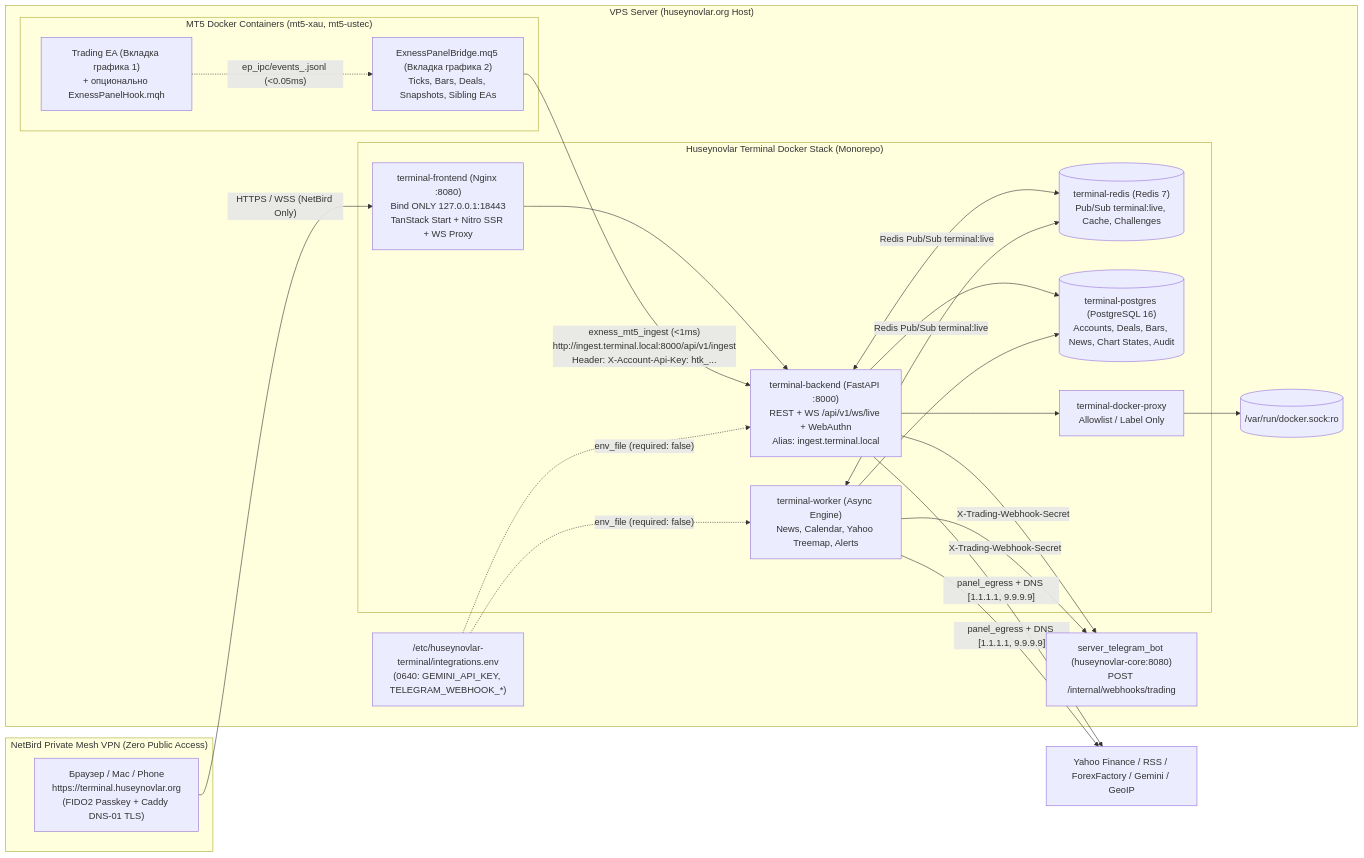
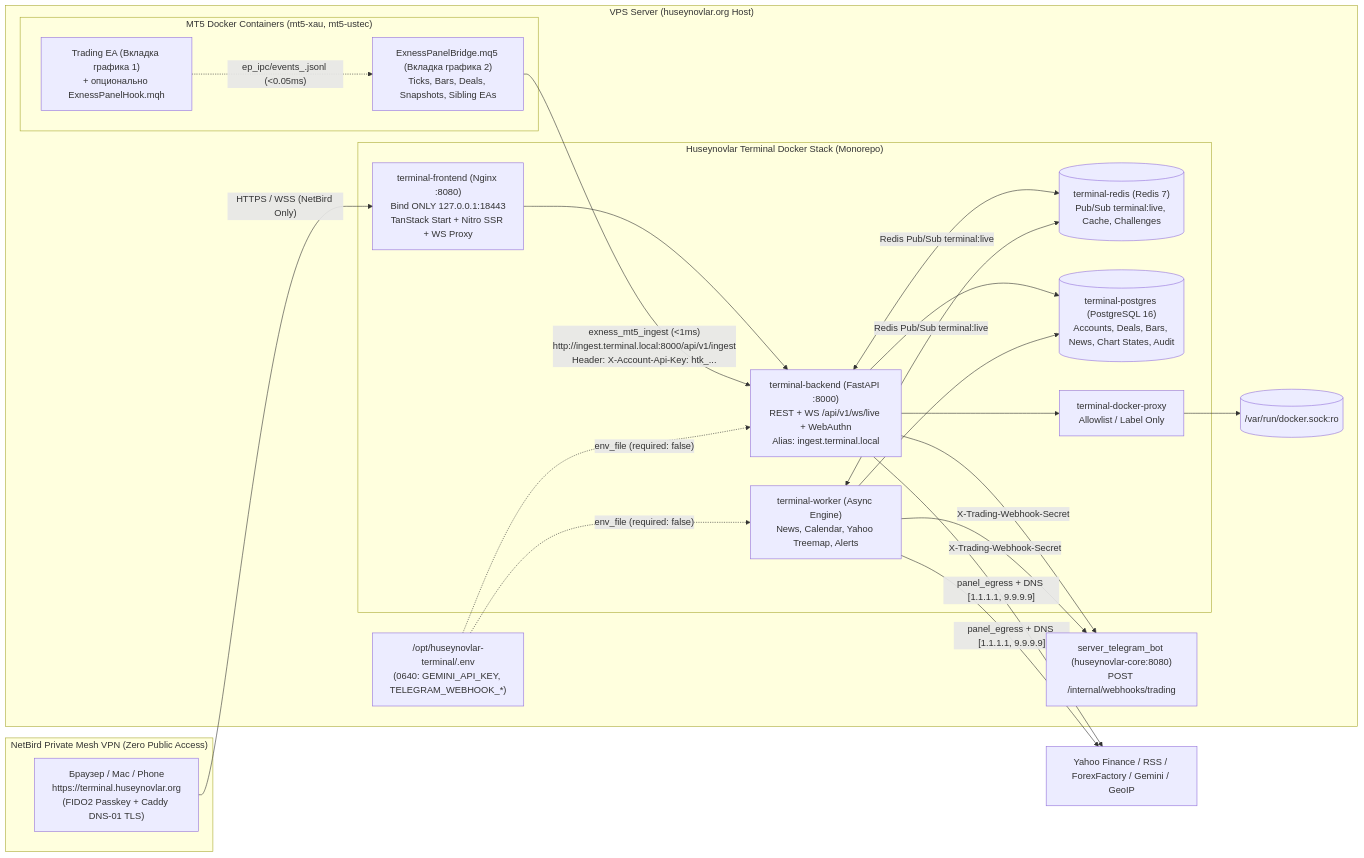
Before and after one commit to Huseynovlar/huseynovlar-terminal: the diagram in docs/ARCHITECTURE.md, drawn with Mermaid. The commit also changed other lines of this file and 35 other files, not shown here.

````diff
--- a/docs/ARCHITECTURE.md
+++ b/docs/ARCHITECTURE.md
@@ -11,42 +11,42 @@
 ```mermaid
 flowchart LR
     subgraph NetBird["NetBird Private Mesh VPN (Zero Public Access)"]
         USER["Браузер / Mac / Phone<br/>https://terminal.huseynovlar.org<br/>(FIDO2 Passkey + Caddy DNS-01 TLS)"]
     end
 
     subgraph VPS["VPS Server (huseynovlar.org Host)"]
         subgraph MT5C["MT5 Docker Containers (mt5-xau, mt5-ustec)"]
             EA1["Trading EA (Вкладка графика 1)<br/>+ опционально ExnessPanelHook.mqh"]
             BR1["ExnessPanelBridge.mq5 (Вкладка графика 2)<br/>Ticks, Bars, Deals, Snapshots, Sibling EAs"]
             EA1 -.->|"ep_ipc/events_<login>.jsonl (<0.05ms)"| BR1
         end
 
         subgraph Stack["Huseynovlar Terminal Docker Stack (Monorepo)"]
             NGINX["terminal-frontend (Nginx :8080)<br/>Bind ONLY 127.0.0.1:18443<br/>TanStack Start + Nitro SSR + WS Proxy"]
             API["terminal-backend (FastAPI :8000)<br/>REST + WS /api/v1/ws/live + WebAuthn<br/>Alias: ingest.terminal.local"]
             WORKER["terminal-worker (Async Engine)<br/>News, Calendar, Yahoo Treemap, Alerts"]
             REDIS[("terminal-redis (Redis 7)<br/>Pub/Sub terminal:live, Cache, Challenges")]
             PG[("terminal-postgres (PostgreSQL 16)<br/>Accounts, Deals, Bars, News, Chart States, Audit")]
             DPROXY["terminal-docker-proxy<br/>Allowlist / Label Only"]
         end
 
-        ETC["/etc/huseynovlar-terminal/integrations.env<br/>(0640: GEMINI_API_KEY, TELEGRAM_WEBHOOK_*)"]
+        ETC["/opt/huseynovlar-terminal/.env<br/>(0640: GEMINI_API_KEY, TELEGRAM_WEBHOOK_*)"]
         DSOCK[("/var/run/docker.sock:ro")]
         BOT["server_telegram_bot (huseynovlar-core:8080)<br/>POST /internal/webhooks/trading"]
     end
 
     USER -->|"HTTPS / WSS (NetBird Only)"| NGINX
     NGINX --> API
     BR1 -->|"exness_mt5_ingest (<1ms)<br/>http://ingest.terminal.local:8000/api/v1/ingest<br/>Header: X-Account-Api-Key: htk_..."| API
     ETC -.->|"env_file (required: false)"| API
     ETC -.->|"env_file (required: false)"| WORKER
     API <-->|"Redis Pub/Sub terminal:live"| REDIS
     WORKER <-->|"Redis Pub/Sub terminal:live"| REDIS
     API --> PG
     WORKER --> PG
     API --> DPROXY --> DSOCK
     API -->|"panel_egress + DNS [1.1.1.1, 9.9.9.9]"| EXT["Yahoo Finance / RSS / ForexFactory / Gemini / GeoIP"]
     WORKER -->|"panel_egress + DNS [1.1.1.1, 9.9.9.9]"| EXT
     API -->|"X-Trading-Webhook-Secret"| BOT
     WORKER -->|"X-Trading-Webhook-Secret"| BOT
 ```
````
